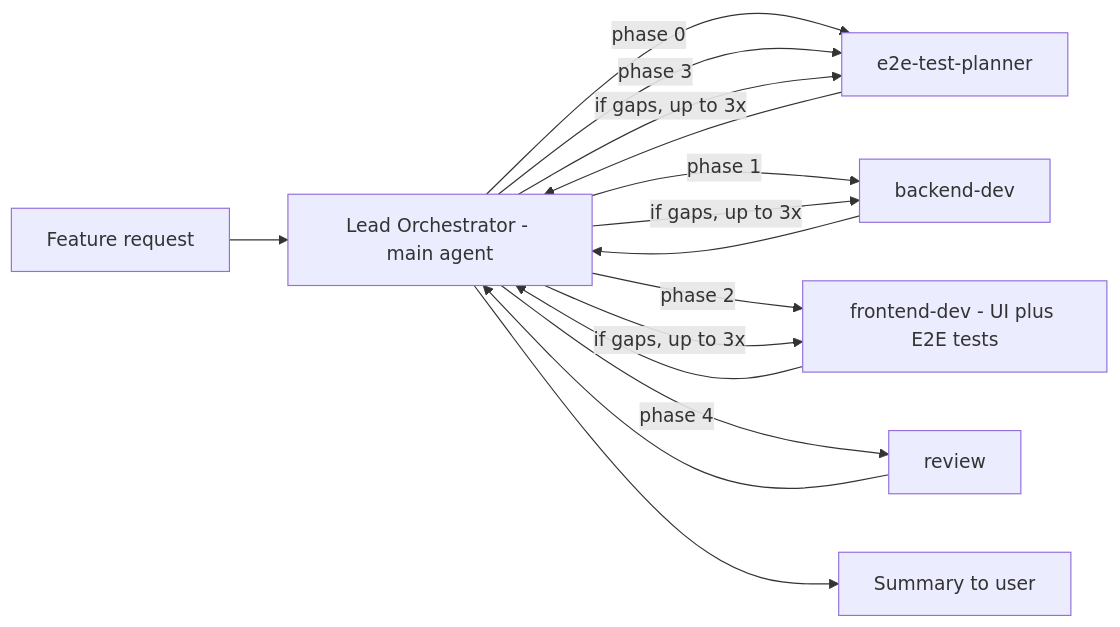
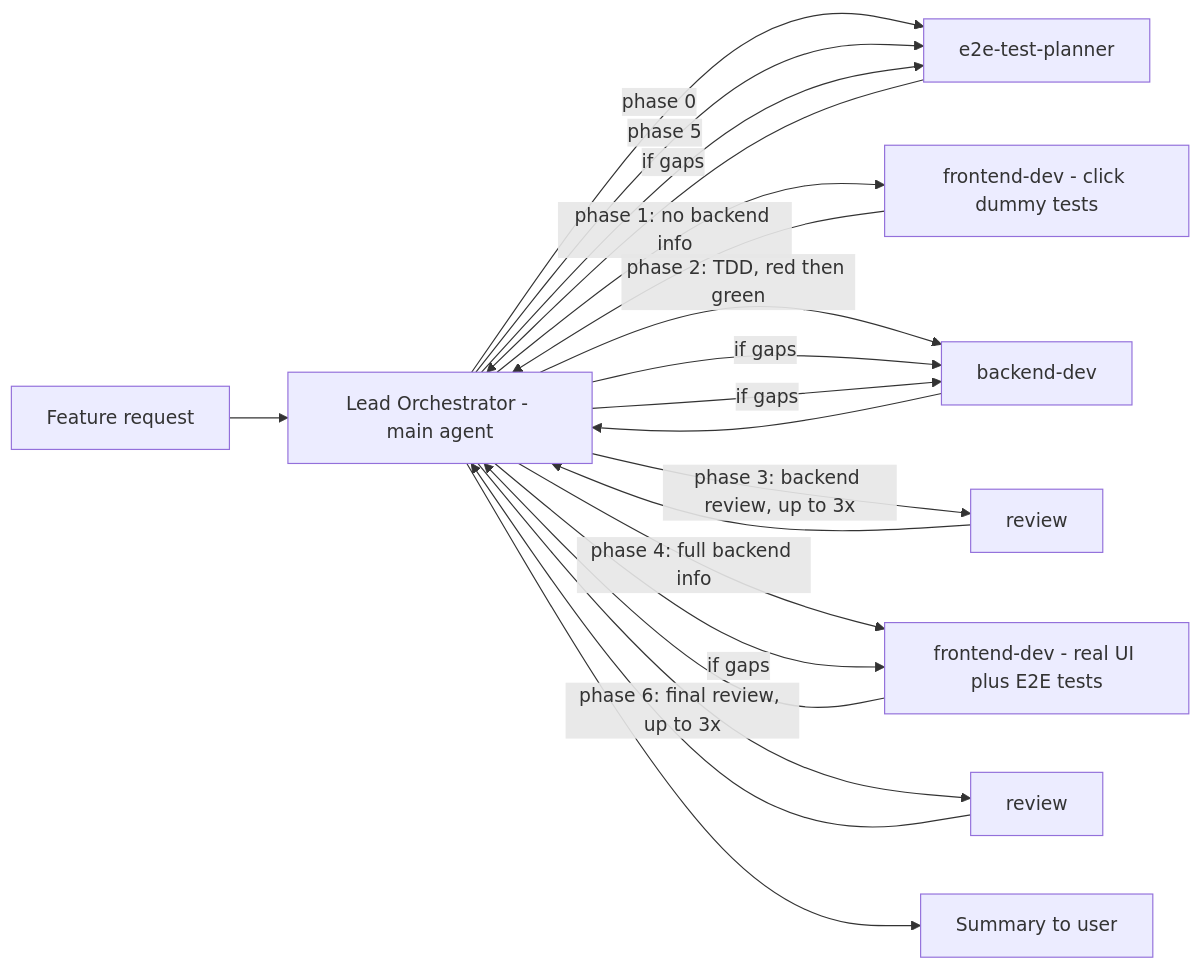
Before and after one commit to openknowledge/workshop-agentic-coding: the diagram in .opencode/agents/orchestrator.md, drawn with Mermaid. The commit also changed other lines of this file, not shown here.

````diff
--- a/.opencode/agents/orchestrator.md
+++ b/.opencode/agents/orchestrator.md
@@ -29,17 +31,22 @@
 ```mermaid
 graph LR
   U[Feature request] --> O[Lead Orchestrator - main agent]
   O -->|phase 0| P[e2e-test-planner]
   P --> O
-  O -->|phase 1| B[backend-dev]
+  O -->|phase 1: no backend info| F1[frontend-dev - click dummy tests]
+  F1 --> O
+  O -->|phase 2: TDD, red then green| B[backend-dev]
   B --> O
-  O -->|phase 2| F[frontend-dev - UI plus E2E tests]
-  F --> O
-  O -->|phase 3| P
-  O -->|phase 4| R[review]
-  R --> O
-  O -->|if gaps, up to 3x| B
-  O -->|if gaps, up to 3x| F
-  O -->|if gaps, up to 3x| P
+  O -->|phase 3: backend review, up to 3x| R1[review]
+  R1 --> O
+  O -->|if gaps| B
+  O -->|phase 4: full backend info| F2[frontend-dev - real UI plus E2E tests]
+  F2 --> O
+  O -->|phase 5| P
+  O -->|phase 6: final review, up to 3x| R2[review]
+  R2 --> O
+  O -->|if gaps| B
+  O -->|if gaps| F2
+  O -->|if gaps| P
   O --> U2[Summary to user]
 ```
````
